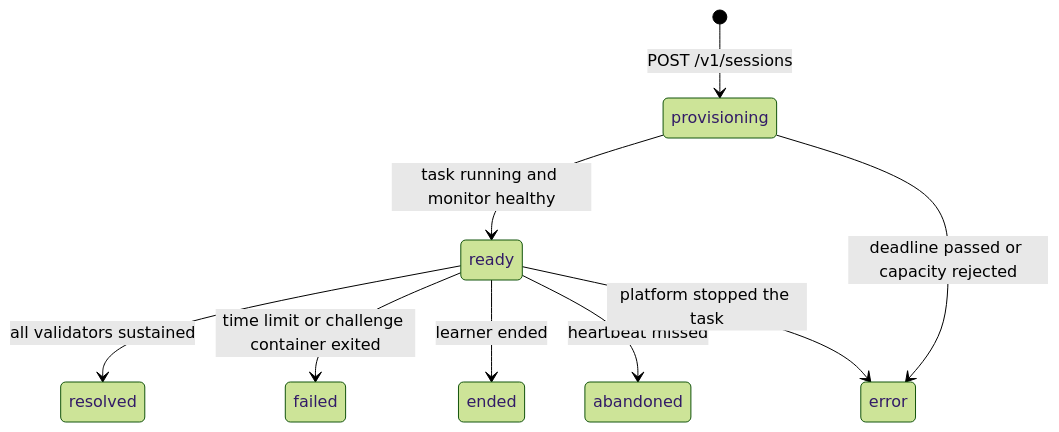
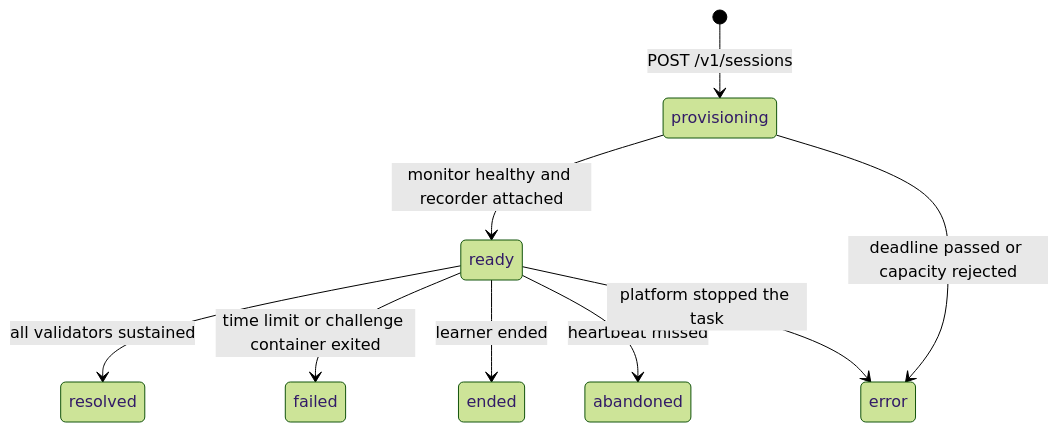
Before and after one commit to ehz0ah/OpsReplay: the diagram in docs/challenges.md, drawn with Mermaid (forest theme). The commit also changed other lines of this file and 13 other files, not shown here.

````diff
--- a/docs/challenges.md
+++ b/docs/challenges.md
@@ -53,11 +53,11 @@
 ```mermaid
 stateDiagram-v2
   [*] --> provisioning: POST /v1/sessions
-  provisioning --> ready: task running and monitor healthy
+  provisioning --> ready: monitor healthy and recorder attached
   provisioning --> error: deadline passed or capacity rejected
   ready --> resolved: all validators sustained
   ready --> failed: time limit or challenge container exited
   ready --> ended: learner ended
   ready --> abandoned: heartbeat missed
   ready --> error: platform stopped the task
 ```
````
